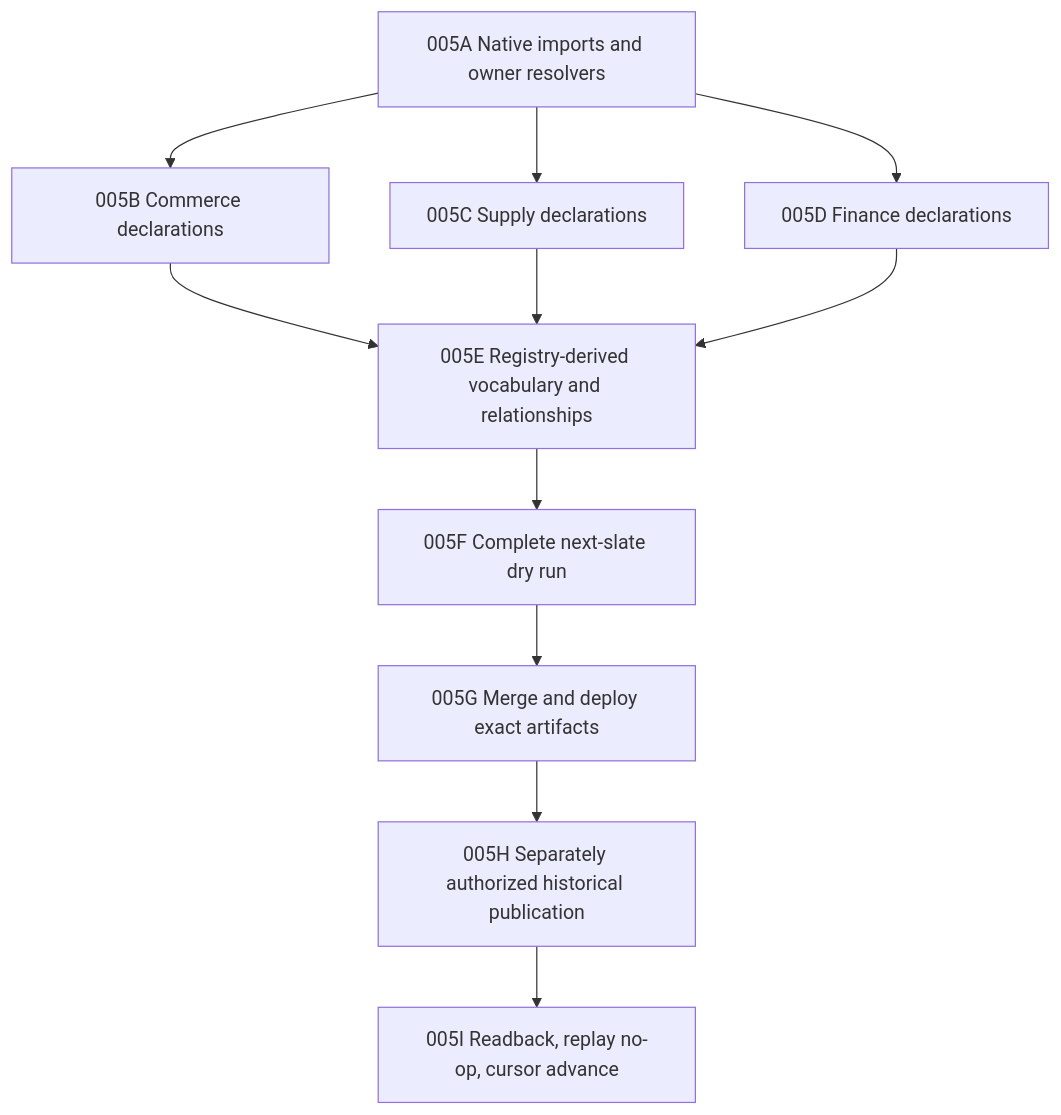
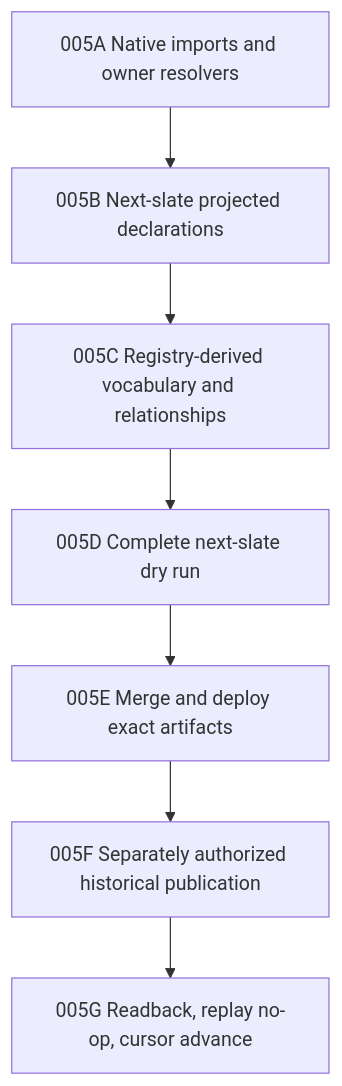
Before and after one commit to Napageneral/nexus-monorepo: the diagram in docs/workplans/canonical-projected-object-migration-board/in-progress/CPO-005-historical-first-object-convergence.md, drawn with Mermaid. The commit also changed other lines of this file and 6 other files, not shown here.

Commit message:
feat(objects): reuse commerce order vocabulary

````diff
--- a/docs/workplans/canonical-projected-object-migration-board/in-progress/CPO-005-historical-first-object-convergence.md
+++ b/docs/workplans/canonical-projected-object-migration-board/in-progress/CPO-005-historical-first-object-convergence.md
@@ -43,13 +43,9 @@
 ```mermaid
 flowchart TD
-    A[005A Native imports and owner resolvers] --> B[005B Commerce declarations]
-    A --> C[005C Supply declarations]
-    A --> D[005D Finance declarations]
-    B --> E[005E Registry-derived vocabulary and relationships]
-    C --> E
-    D --> E
-    E --> F[005F Complete next-slate dry run]
-    F --> G[005G Merge and deploy exact artifacts]
-    G --> H[005H Separately authorized historical publication]
-    H --> I[005I Readback, replay no-op, cursor advance]
+    A[005A Native imports and owner resolvers] --> B[005B Next-slate projected declarations]
+    B --> C[005C Registry-derived vocabulary and relationships]
+    C --> D[005D Complete next-slate dry run]
+    D --> E[005E Merge and deploy exact artifacts]
+    E --> F[005F Separately authorized historical publication]
+    F --> G[005G Readback, replay no-op, cursor advance]
 ```
````
